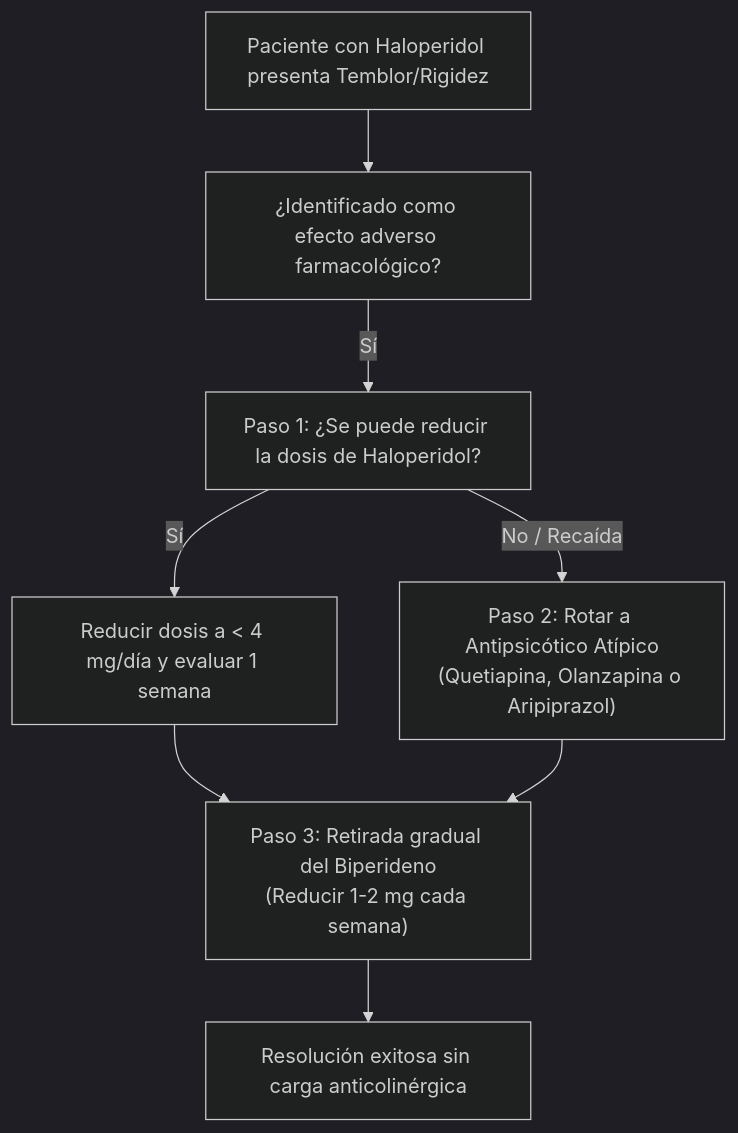
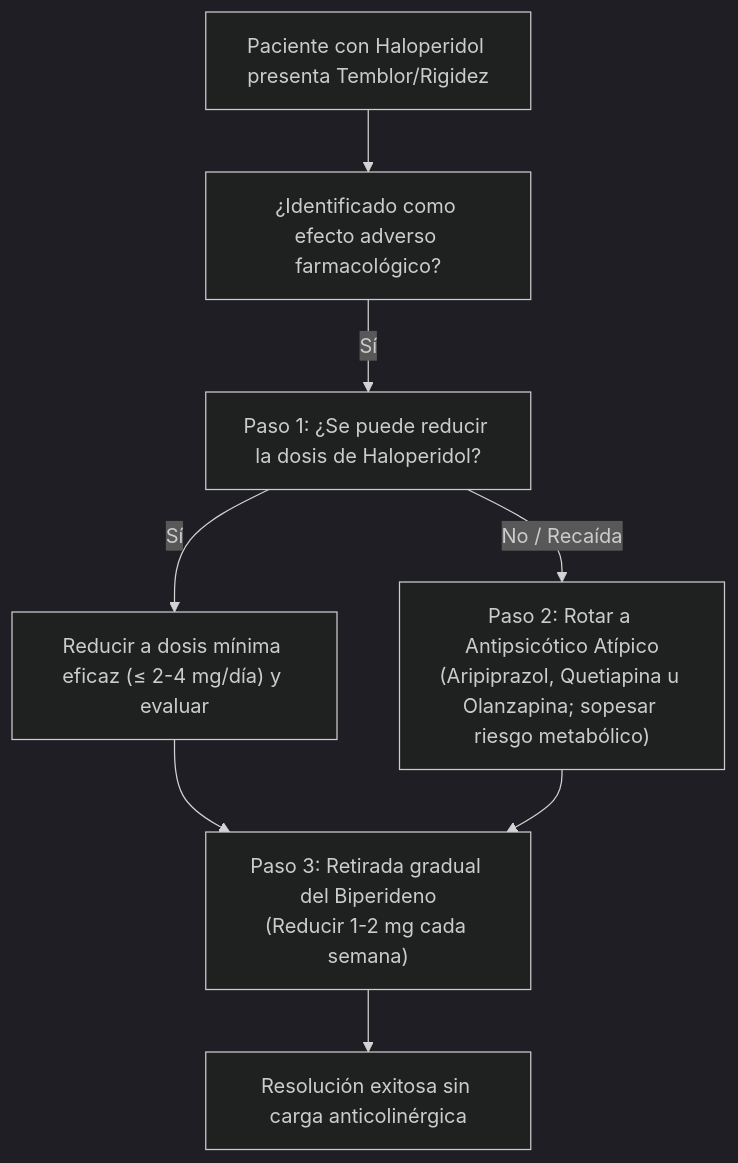
One commit to anacolinaarismendi/Sofia changed the diagram in pre_training/03_cascadas_prescripcion_y_desprescripcion/cascada_haloperidol_biperideno_parkinsonismo.md. Above: the diagram before and after it, drawn with Mermaid (dark theme). The commit also changed other lines of this file and 31 other files, not shown here.

````diff
--- a/pre_training/03_cascadas_prescripcion_y_desprescripcion/cascada_haloperidol_biperideno_parkinsonismo.md
+++ b/pre_training/03_cascadas_prescripcion_y_desprescripcion/cascada_haloperidol_biperideno_parkinsonismo.md
@@ -26,10 +29,10 @@
 ```mermaid
 flowchart TD
     A["Paciente con Haloperidol presenta Temblor/Rigidez"] --> B["¿Identificado como efecto adverso farmacológico?"]
     B -->|Sí| C["Paso 1: ¿Se puede reducir la dosis de Haloperidol?"]
-    C -->|Sí| D["Reducir dosis a < 4 mg/día y evaluar 1 semana"]
-    C -->|No / Recaída| E["Paso 2: Rotar a Antipsicótico Atípico<br>(Quetiapina, Olanzapina o Aripiprazol)"]
+    C -->|Sí| D["Reducir a dosis mínima eficaz (≤ 2-4 mg/día) y evaluar"]
+    C -->|No / Recaída| E["Paso 2: Rotar a Antipsicótico Atípico<br>(Aripiprazol, Quetiapina u Olanzapina; sopesar riesgo metabólico)"]
     D --> F["Paso 3: Retirada gradual del Biperideno<br>(Reducir 1-2 mg cada semana)"]
     E --> F
     F --> G["Resolución exitosa sin carga anticolinérgica"]
 ```
````
